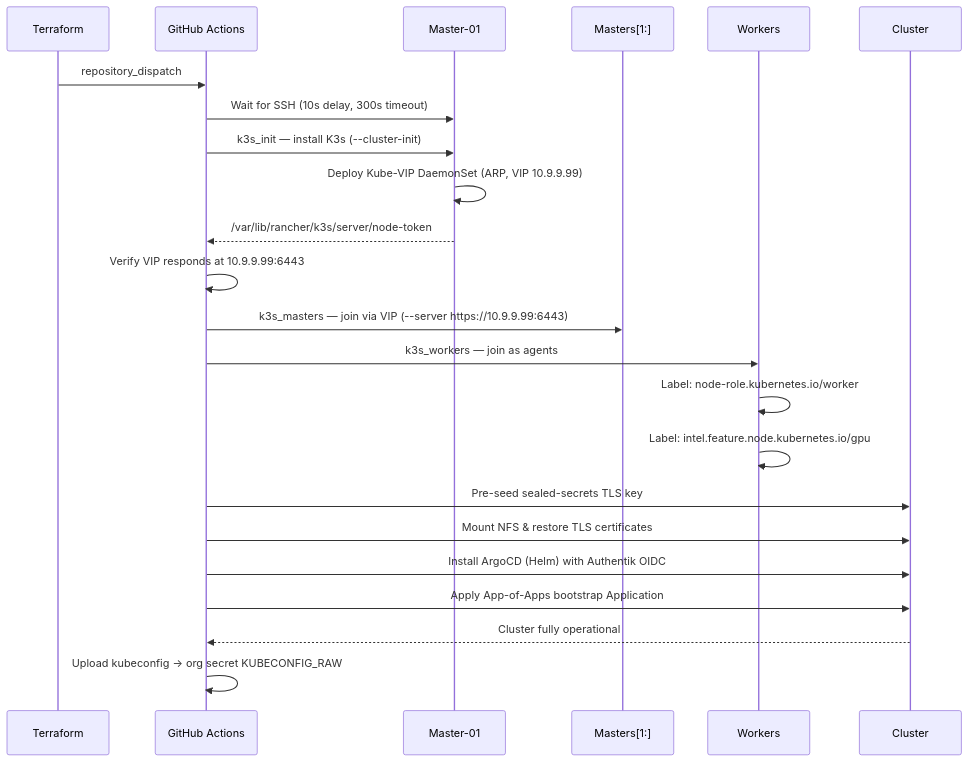
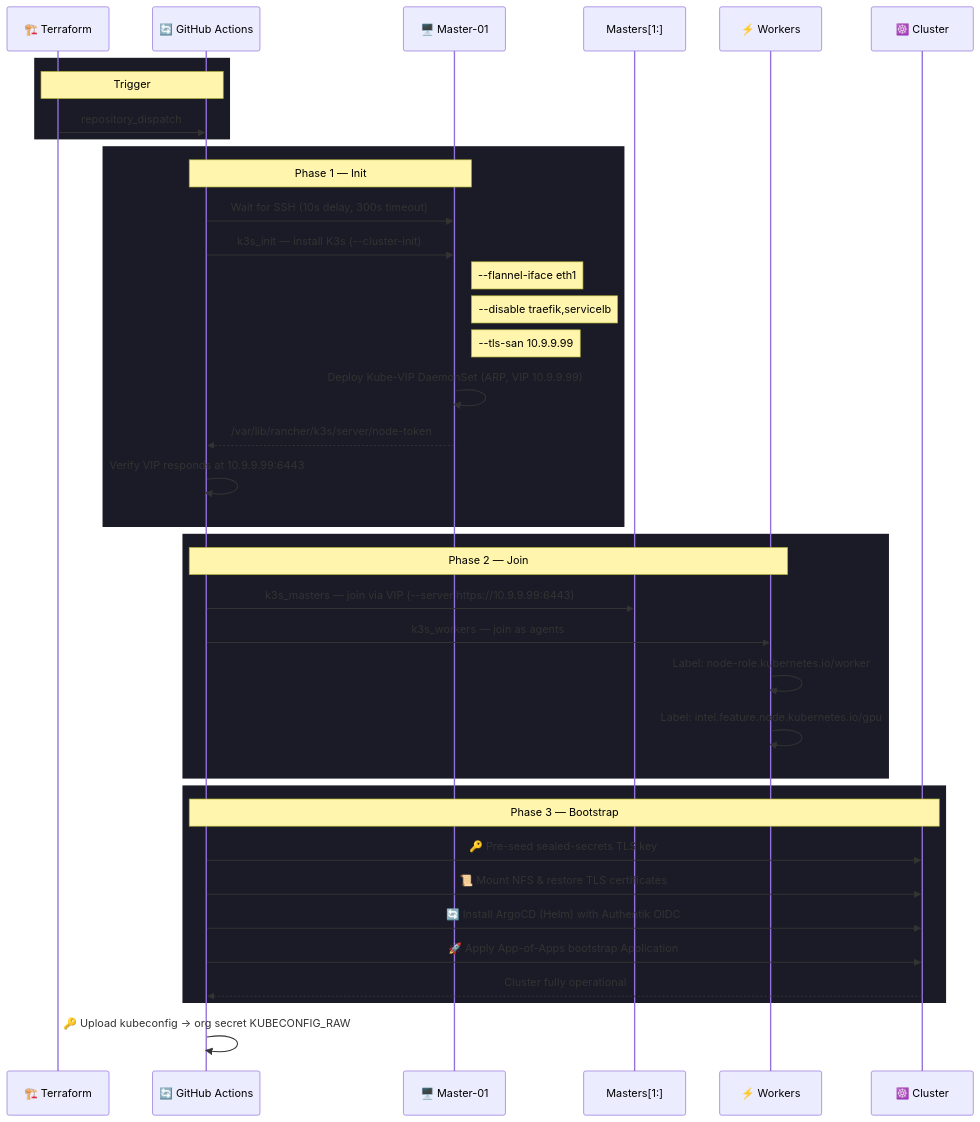
One commit to Starktastic-Homelab/ansible changed the second of 8 diagrams in README.md. Above: the diagram before and after it, drawn with Mermaid. The commit also changed other lines of this file, not shown here.

Commit message:
docs: upgrade Mermaid diagrams with emojis, new diagram types, and additional flows

````diff
--- a/README.md
+++ b/README.md
@@ -96,29 +96,45 @@
 ```mermaid
 sequenceDiagram
-    participant TF as Terraform
-    participant GH as GitHub Actions
-    participant M1 as Master-01
+    participant TF as 🏗️ Terraform
+    participant GH as 🔄 GitHub Actions
+    participant M1 as 🖥️ Master-01
     participant Mn as Masters[1:]
-    participant W as Workers
-    participant K8s as Cluster
+    participant W as ⚡ Workers
+    participant K8s as ☸️ Cluster
 
+    rect rgb(26,27,39)
+    Note over TF,GH: Trigger
     TF->>GH: repository_dispatch
+    end
+
+    rect rgb(26,27,39)
+    Note over GH,M1: Phase 1 — Init
     GH->>M1: Wait for SSH (10s delay, 300s timeout)
     GH->>M1: k3s_init — install K3s (--cluster-init)
+    Note right of M1: --flannel-iface eth1
+    Note right of M1: --disable traefik,servicelb
+    Note right of M1: --tls-san 10.9.9.99
     M1->>M1: Deploy Kube-VIP DaemonSet (ARP, VIP 10.9.9.99)
     M1-->>GH: /var/lib/rancher/k3s/server/node-token
     GH->>GH: Verify VIP responds at 10.9.9.99:6443
+    end
 
+    rect rgb(26,27,39)
+    Note over GH,W: Phase 2 — Join
     GH->>Mn: k3s_masters — join via VIP (--server https://10.9.9.99:6443)
     GH->>W: k3s_workers — join as agents
     W->>W: Label: node-role.kubernetes.io/worker
     W->>W: Label: intel.feature.node.kubernetes.io/gpu
+    end
 
-    GH->>K8s: Pre-seed sealed-secrets TLS key
-    GH->>K8s: Mount NFS & restore TLS certificates
-    GH->>K8s: Install ArgoCD (Helm) with Authentik OIDC
-    GH->>K8s: Apply App-of-Apps bootstrap Application
+    rect rgb(26,27,39)
+    Note over GH,K8s: Phase 3 — Bootstrap
+    GH->>K8s: 🔑 Pre-seed sealed-secrets TLS key
+    GH->>K8s: 📜 Mount NFS & restore TLS certificates
+    GH->>K8s: 🔄 Install ArgoCD (Helm) with Authentik OIDC
+    GH->>K8s: 🚀 Apply App-of-Apps bootstrap Application
     K8s-->>GH: Cluster fully operational
+    end
 
-    GH->>GH: Upload kubeconfig → org secret KUBECONFIG_RAW
+    GH->>GH: 🔑 Upload kubeconfig → org secret KUBECONFIG_RAW
 ```
````
